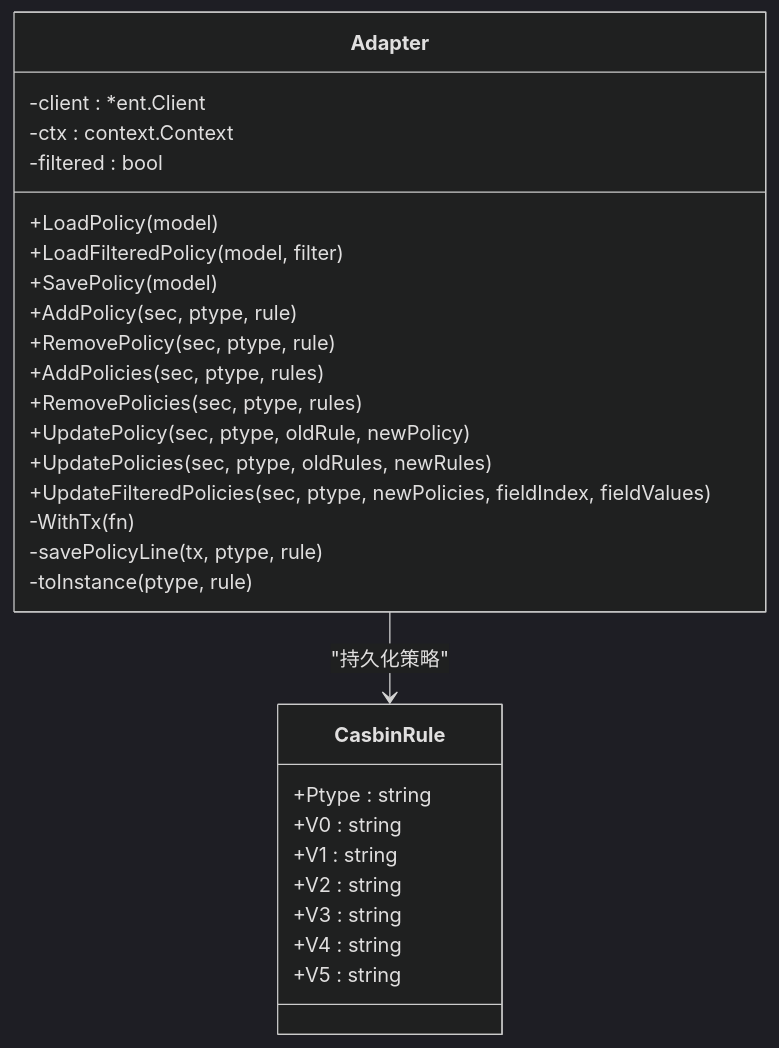
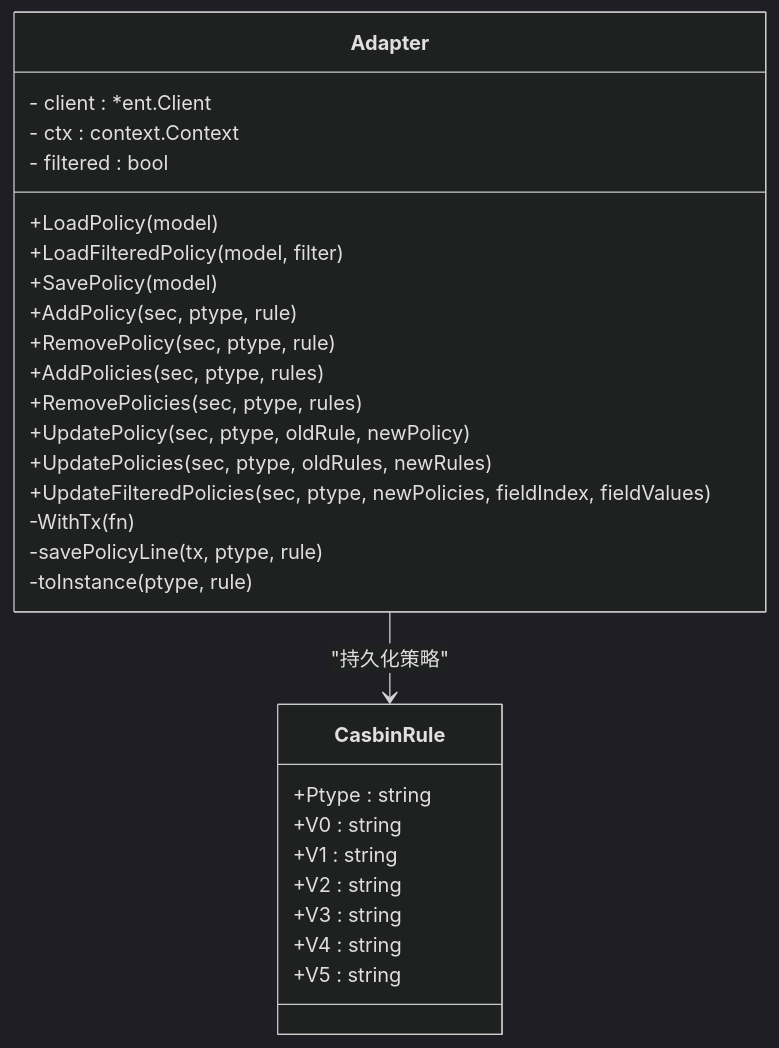
Before and after one commit to wuwuseo/e-sports-go-admin: the fourth of 6 diagrams in .qoder/repowiki/zh/content/核心模块/权限控制模块.md, drawn with Mermaid (dark theme). The commit also changed other lines of this file and 42 other files, not shown here.

````diff
--- a/.qoder/repowiki/zh/content/核心模块/权限控制模块.md
+++ b/.qoder/repowiki/zh/content/核心模块/权限控制模块.md
@@ -177,31 +202,31 @@
 ```mermaid
 classDiagram
 class Adapter {
--client : *ent.Client
--ctx : context.Context
--filtered : bool
+- client : *ent.Client
+- ctx : context.Context
+- filtered : bool
 +LoadPolicy(model)
 +LoadFilteredPolicy(model, filter)
 +SavePolicy(model)
 +AddPolicy(sec, ptype, rule)
 +RemovePolicy(sec, ptype, rule)
 +AddPolicies(sec, ptype, rules)
 +RemovePolicies(sec, ptype, rules)
 +UpdatePolicy(sec, ptype, oldRule, newPolicy)
 +UpdatePolicies(sec, ptype, oldRules, newRules)
 +UpdateFilteredPolicies(sec, ptype, newPolicies, fieldIndex, fieldValues)
 -WithTx(fn)
 -savePolicyLine(tx, ptype, rule)
 -toInstance(ptype, rule)
 }
 class CasbinRule {
 +Ptype : string
 +V0 : string
 +V1 : string
 +V2 : string
 +V3 : string
 +V4 : string
 +V5 : string
 }
 Adapter --> CasbinRule : "持久化策略"
 ```
````
